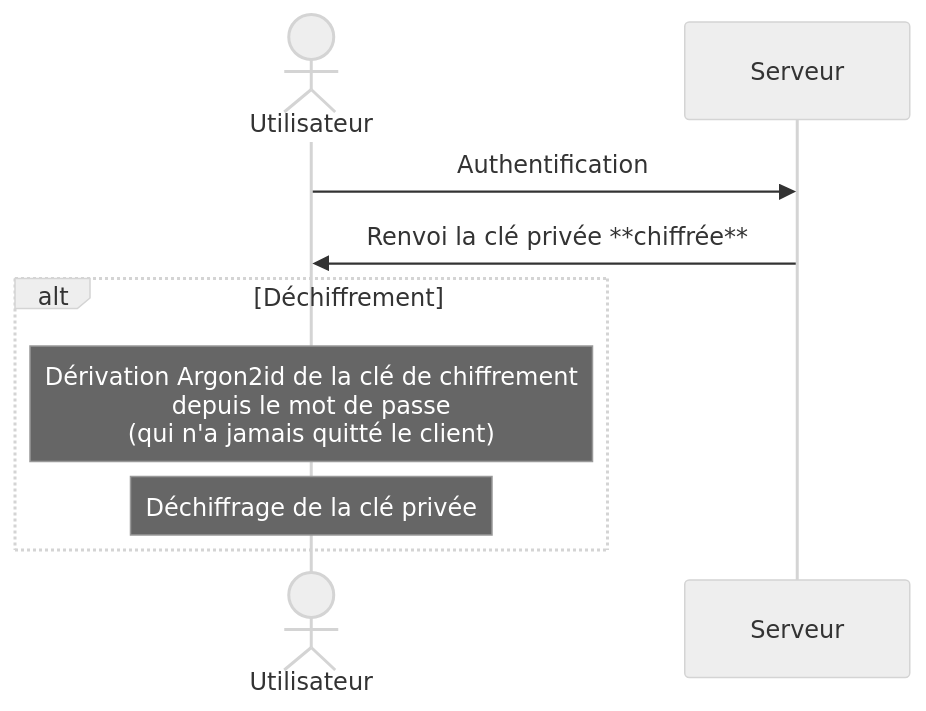
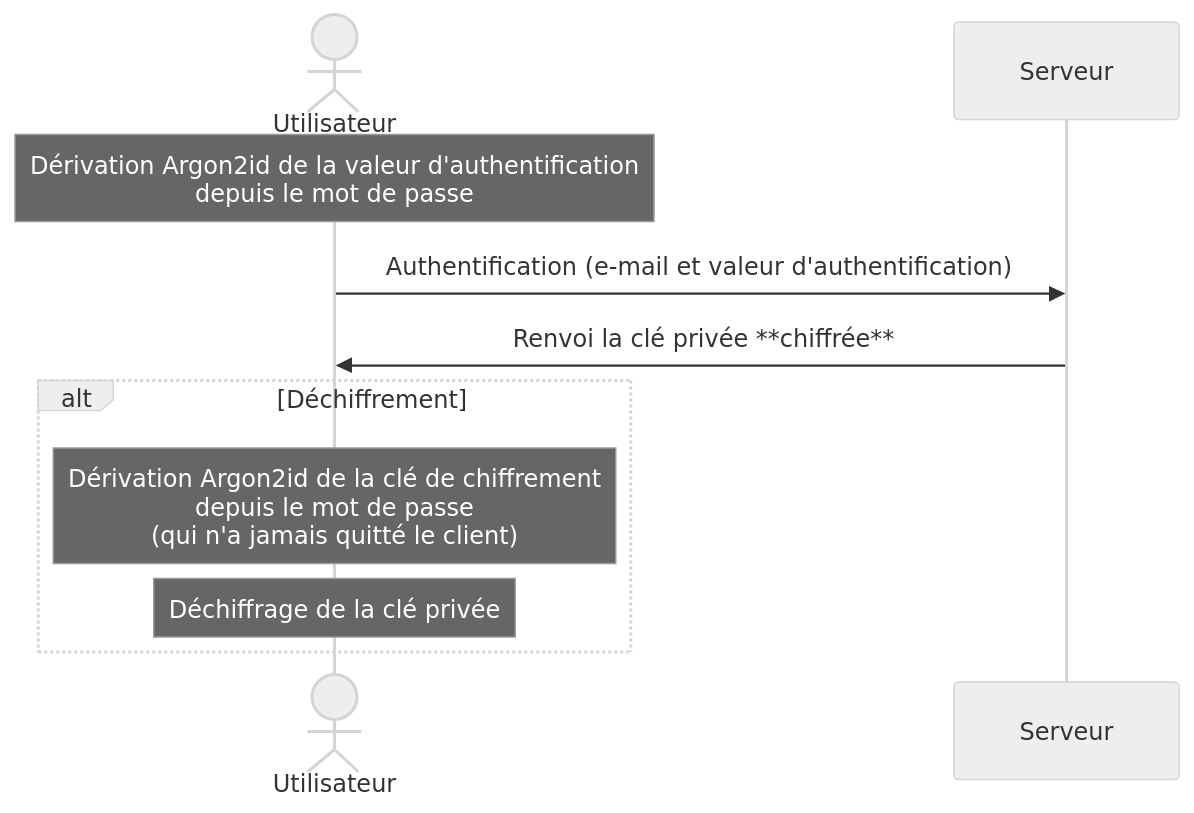
The second of 2 diagrams in docs/10-19 Conception/11 Cahier des charges/11.01 Cahier des charges.md (ILPlais/SuiviTestIntrusion), drawn with Mermaid (neutral theme) before and after one commit. The commit also changed other lines of this file and 10 other files, not shown here.

````diff
--- a/docs/10-19 Conception/11 Cahier des charges/11.01 Cahier des charges.md
+++ b/docs/10-19 Conception/11 Cahier des charges/11.01 Cahier des charges.md
@@ -758,12 +784,13 @@
 ```mermaid
 sequenceDiagram
 	actor Utilisateur
 
-	Utilisateur->>Serveur: Authentification
+	note over Utilisateur: Dérivation Argon2id de la valeur d'authentification<br/>depuis le mot de passe
+	Utilisateur->>Serveur: Authentification (e-mail et valeur d'authentification)
 	Serveur->>Utilisateur: Renvoi la clé privée **chiffrée**
 
 	alt Déchiffrement
 		note over Utilisateur: Dérivation Argon2id de la clé de chiffrement<br/>depuis le mot de passe<br/>(qui n'a jamais quitté le client)
 		note over Utilisateur: Déchiffrage de la clé privée
 	end
 ```
````
